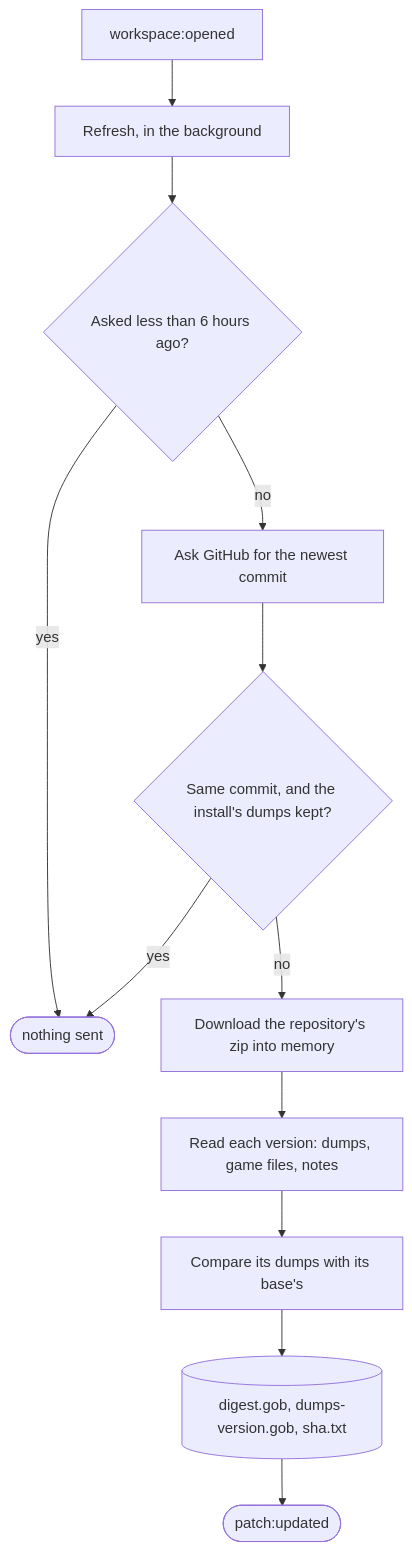
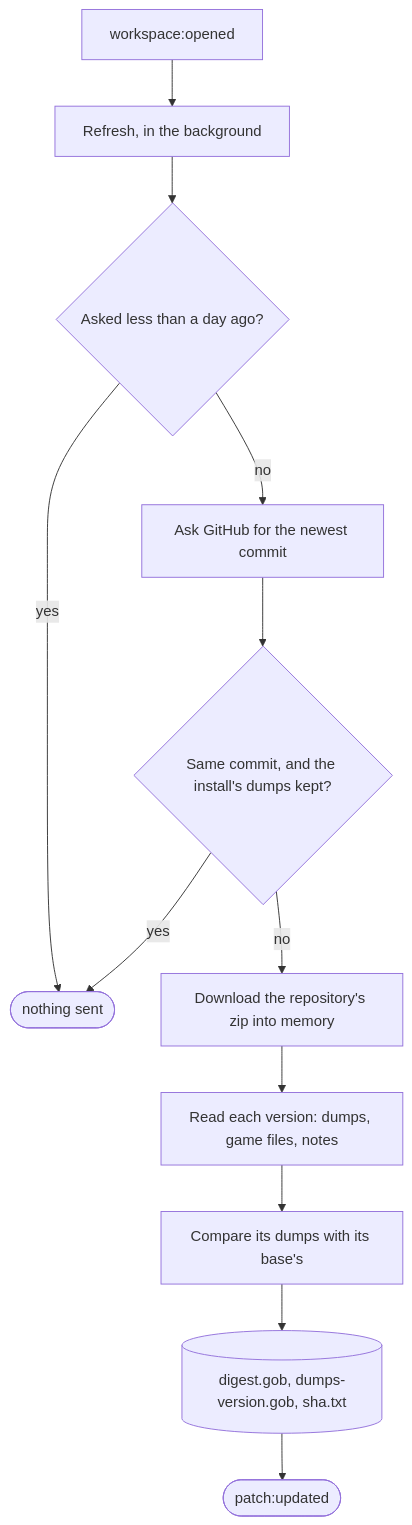
The diagram in services/patch/README.md (idodavis/paradox-modding-tools), drawn with Mermaid before and after one commit. The commit also changed other lines of this file and 80 other files, not shown here.

````diff
--- a/services/patch/README.md
+++ b/services/patch/README.md
@@ -18,14 +18,14 @@
 ```mermaid
 flowchart TD
   opened["workspace:opened"] --> refresh["Refresh, in the background"]
-  refresh --> asked{"Asked less than 6 hours ago?"}
+  refresh --> asked{"Asked less than a day ago?"}
   asked -->|yes| done
   asked -->|no| head["Ask GitHub for the newest commit"]
   head --> current{"Same commit, and the install's dumps kept?"}
   current -->|yes| done(["nothing sent"])
   current -->|no| zip["Download the repository's zip into memory"]
   zip --> read["Read each version: dumps, game files, notes"]
   read --> compare["Compare its dumps with its base's"]
   compare --> saved[("digest.gob, dumps-version.gob, sha.txt")]
   saved --> updated(["patch:updated"])
 ```
````
